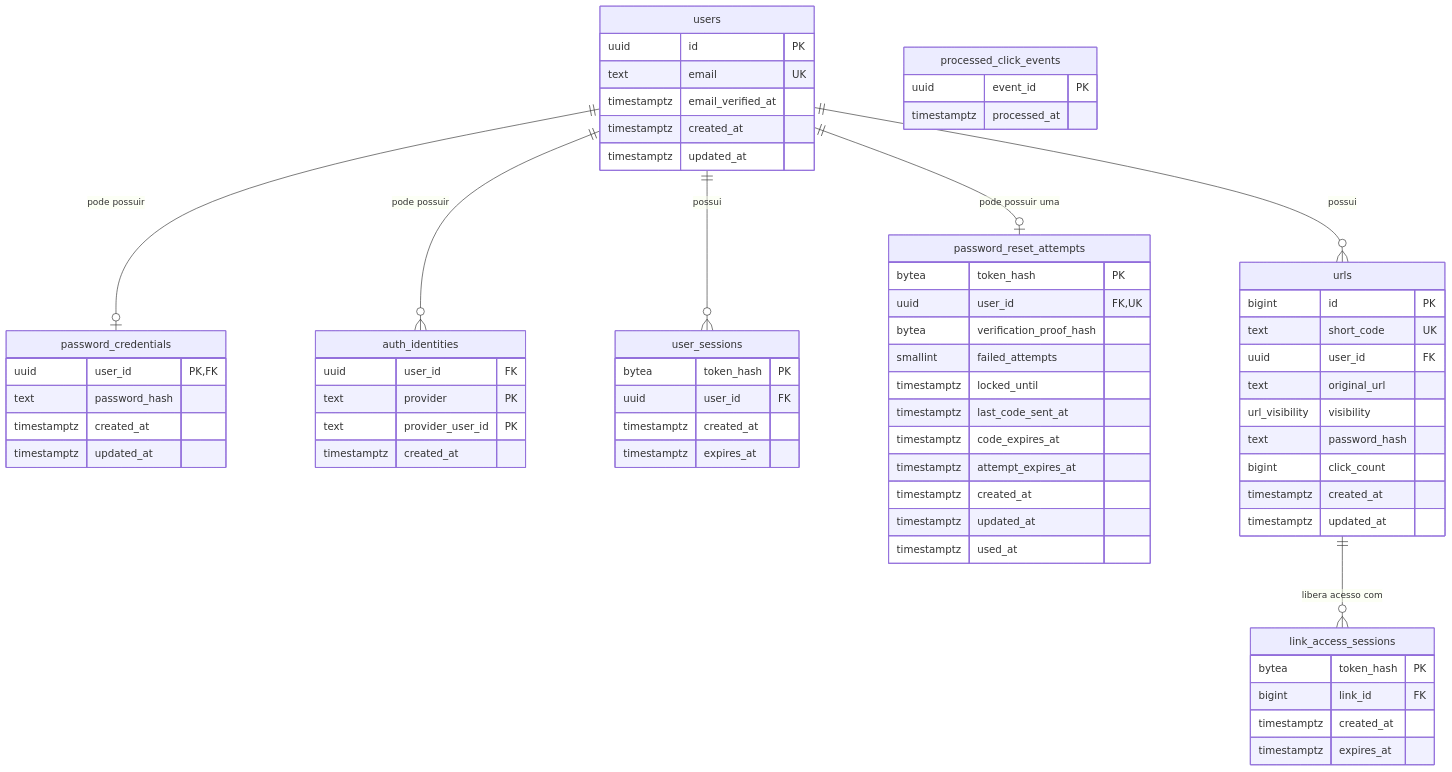
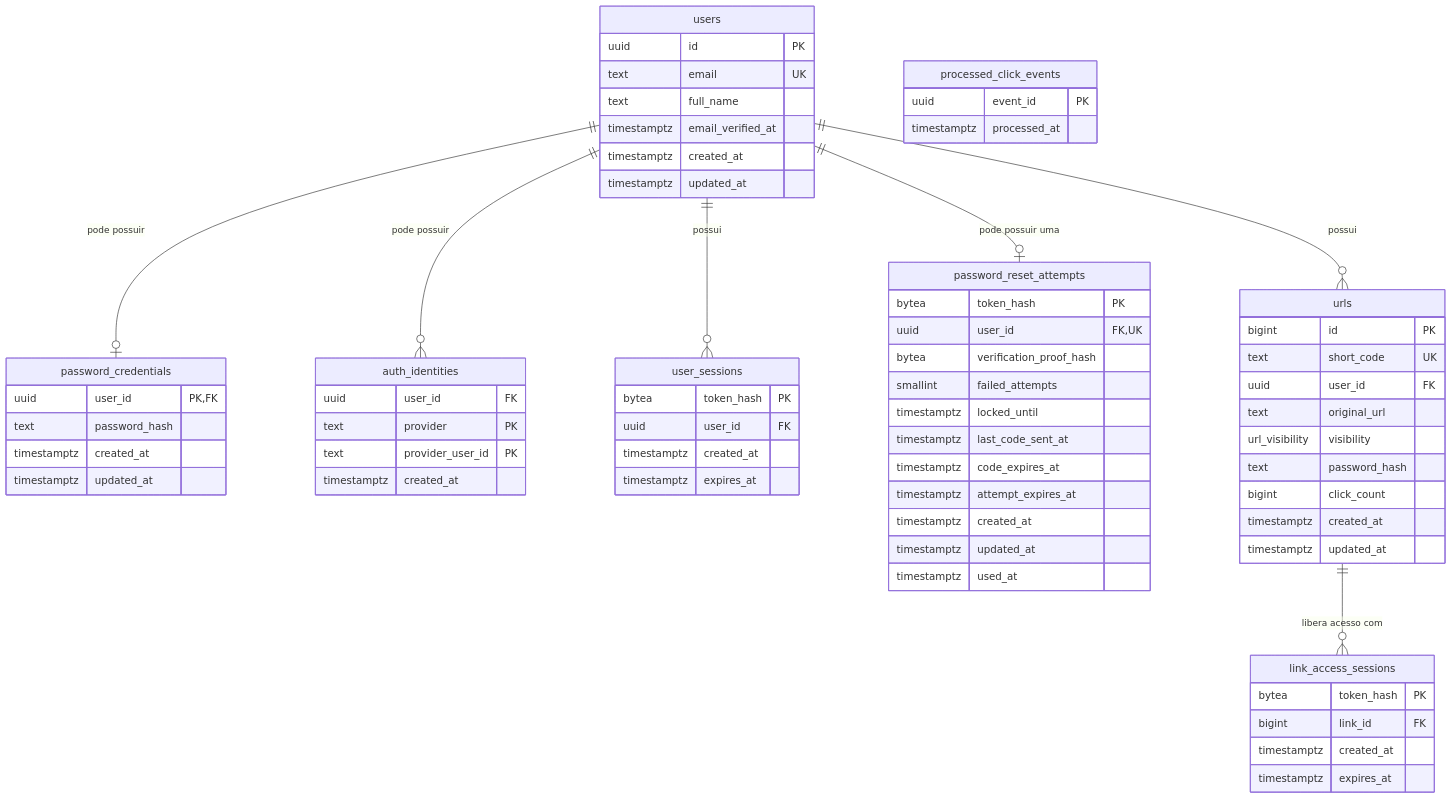
One commit to fredsaggio/shortbit changed the first of 4 diagrams in backend/docs/data-model.md. Above: the diagram before and after it, drawn with Mermaid. The commit also changed other lines of this file and 3 other files, not shown here.

Commit message:
docs: document full name, account endpoints and password change policy

````diff
--- a/backend/docs/data-model.md
+++ b/backend/docs/data-model.md
@@ -10,76 +10,77 @@
 ```mermaid
 erDiagram
     users ||--o| password_credentials : "pode possuir"
     users ||--o{ auth_identities : "pode possuir"
     users ||--o{ user_sessions : "possui"
     users ||--o| password_reset_attempts : "pode possuir uma"
     users ||--o{ urls : "possui"
     urls ||--o{ link_access_sessions : "libera acesso com"
 
     users {
         uuid id PK
         text email UK
+        text full_name
         timestamptz email_verified_at
         timestamptz created_at
         timestamptz updated_at
     }
 
     password_credentials {
         uuid user_id PK,FK
         text password_hash
         timestamptz created_at
         timestamptz updated_at
     }
 
     auth_identities {
         uuid user_id FK
         text provider PK
         text provider_user_id PK
         timestamptz created_at
     }
 
     user_sessions {
         bytea token_hash PK
         uuid user_id FK
         timestamptz created_at
         timestamptz expires_at
     }
 
     password_reset_attempts {
         bytea token_hash PK
         uuid user_id FK,UK
         bytea verification_proof_hash
         smallint failed_attempts
         timestamptz locked_until
         timestamptz last_code_sent_at
         timestamptz code_expires_at
         timestamptz attempt_expires_at
         timestamptz created_at
         timestamptz updated_at
         timestamptz used_at
     }
 
     urls {
         bigint id PK
         text short_code UK
         uuid user_id FK
         text original_url
         url_visibility visibility
         text password_hash
         bigint click_count
         timestamptz created_at
         timestamptz updated_at
     }
 
     link_access_sessions {
         bytea token_hash PK
         bigint link_id FK
         timestamptz created_at
         timestamptz expires_at
     }
 
     processed_click_events {
         uuid event_id PK
         timestamptz processed_at
     }
 ```
````
